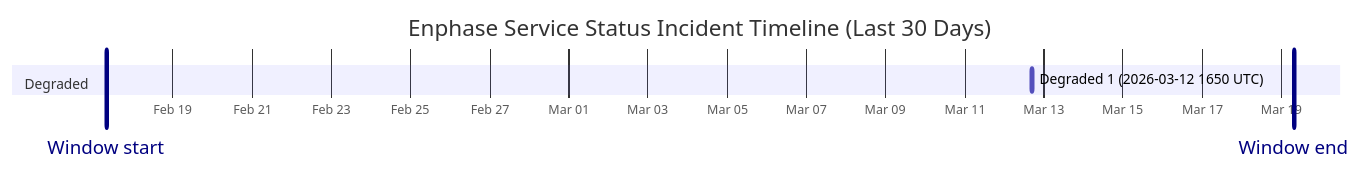
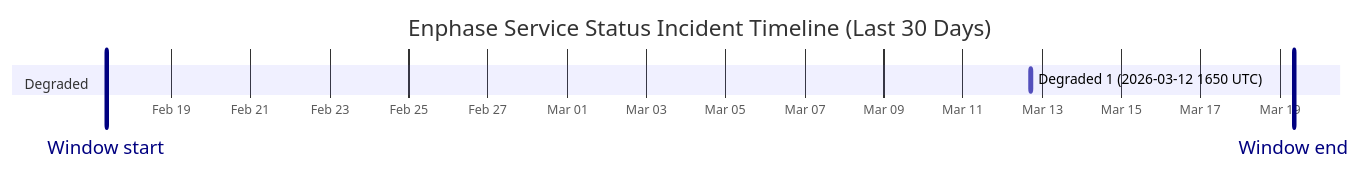
Before and after one commit to barneyonline/ha-enphase-ev-charger: the diagram in wiki/Service-Status-History.md, drawn with Mermaid. The commit also changed other lines of this file and 3 other files, not shown here.

````diff
--- a/wiki/Service-Status-History.md
+++ b/wiki/Service-Status-History.md
@@ -14,10 +14,10 @@
 ```mermaid
 gantt
     title Enphase Service Status Incident Timeline (Last 30 Days)
     dateFormat  YYYY-MM-DDTHH:mm:ss
     axisFormat  %b %d
-    Window start :vert, window-start, 2026-02-17T07:40:24, 0ms
-    Window end :vert, window-end, 2026-03-19T07:40:24, 0ms
+    Window start :vert, window-start, 2026-02-17T08:31:39, 0ms
+    Window end :vert, window-end, 2026-03-19T08:31:39, 0ms
     section Degraded
     Degraded 1 (2026-03-12 1650 UTC) :active, degraded-1, 2026-03-12T16:50:43, 60m
 ```
````
